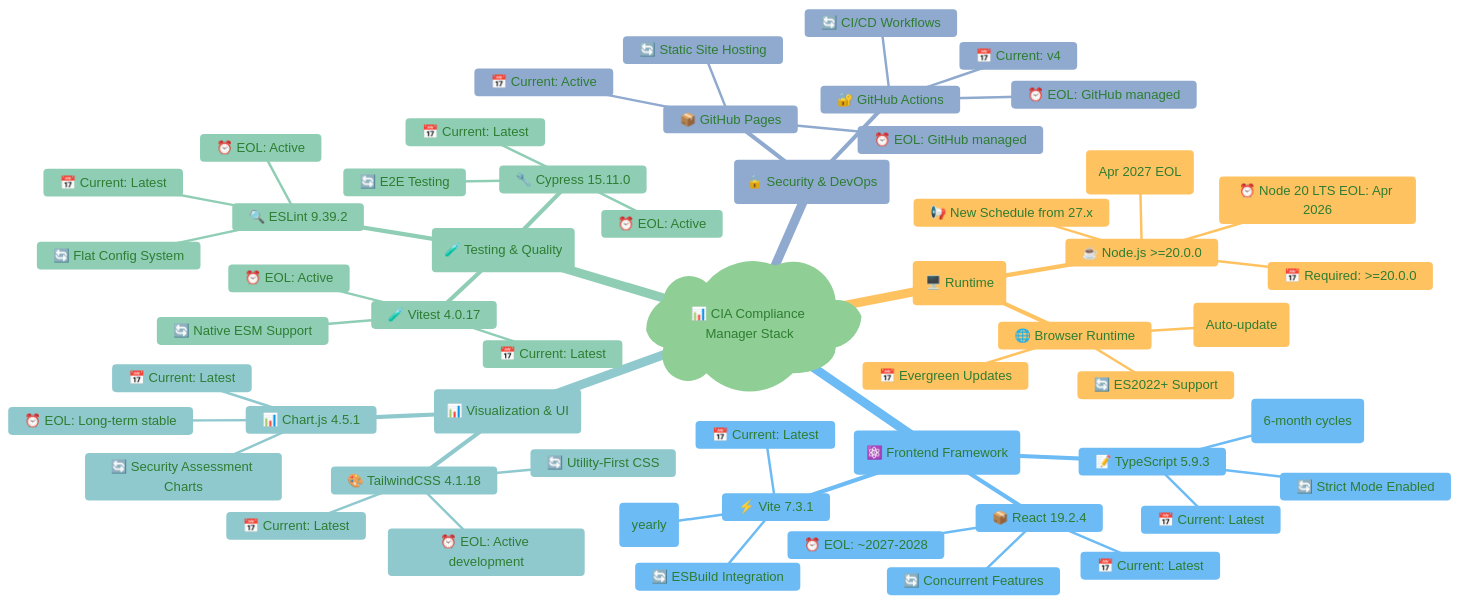
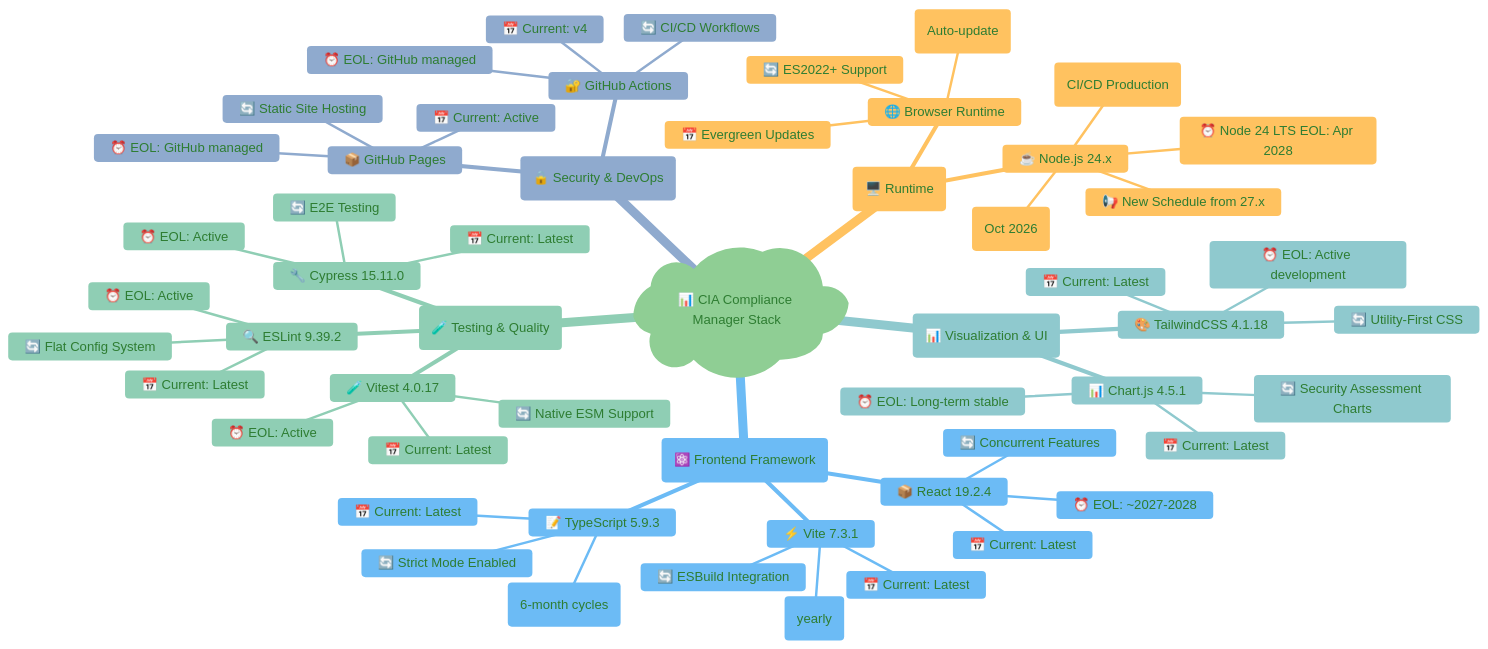
Before and after one commit to Hack23/cia-compliance-manager: the first of 9 diagrams in docs/End-of-Life-Strategy.md, drawn with Mermaid. The commit also changed other lines of this file and 3 other files, not shown here.

First line of the commit message:
Address review: use Node.js 24 everywhere, clarify 27.x alpha vs GA timeline

````diff
--- a/docs/End-of-Life-Strategy.md
+++ b/docs/End-of-Life-Strategy.md
@@ -51,70 +51,70 @@
 ```mermaid
 %%{
   init: {
     'theme': 'base',
     'themeVariables': {
       'primaryColor': '#e8f5e9',
       'primaryTextColor': '#2e7d32',
       'lineColor': '#4caf50',
       'secondaryColor': '#fff3e0',
       'tertiaryColor': '#e3f2fd'
     }
   }
 }%%
 mindmap
   root)📊 CIA Compliance Manager Stack(
     (🖥️ Runtime)
-      ☕ Node.js >=20.0.0
-        📅 Required: >=20.0.0
-        ⏰ Node 20 LTS EOL: Apr 2026
-        🔄 Next: Node 22 LTS (Apr 2027 EOL)
+      ☕ Node.js 24.x
+        📅 Current: 24.x (CI/CD Production)
+        ⏰ Node 24 LTS EOL: Apr 2028
+        🔄 Next LTS: Node 26 (Oct 2026)
         📢 New Schedule from 27.x
       🌐 Browser Runtime
         📅 Evergreen Updates
         ⏰ EOL: N/A (Auto-update)
         🔄 ES2022+ Support
     (⚛️ Frontend Framework)
       📦 React 19.2.4
         📅 Current: Latest
         ⏰ EOL: ~2027-2028
         🔄 Concurrent Features
       📝 TypeScript 5.9.3
         📅 Current: Latest
         ⏰ EOL: Active (6-month cycles)
         🔄 Strict Mode Enabled
       ⚡ Vite 7.3.1
         📅 Current: Latest
         ⏰ EOL: Active (yearly)
         🔄 ESBuild Integration
     (🧪 Testing & Quality)
       🧪 Vitest 4.0.17
         📅 Current: Latest
         ⏰ EOL: Active
         🔄 Native ESM Support
       🔧 Cypress 15.11.0
         📅 Current: Latest
         ⏰ EOL: Active
         🔄 E2E Testing
       🔍 ESLint 9.39.2
         📅 Current: Latest
         ⏰ EOL: Active
         🔄 Flat Config System
     (📊 Visualization & UI)
       📊 Chart.js 4.5.1
         📅 Current: Latest
         ⏰ EOL: Long-term stable
         🔄 Security Assessment Charts
       🎨 TailwindCSS 4.1.18
         📅 Current: Latest
         ⏰ EOL: Active development
         🔄 Utility-First CSS
     (🔒 Security & DevOps)
       🔐 GitHub Actions
         📅 Current: v4
         ⏰ EOL: GitHub managed
         🔄 CI/CD Workflows
       📦 GitHub Pages
         📅 Current: Active
         ⏰ EOL: GitHub managed
         🔄 Static Site Hosting
 ```
````
